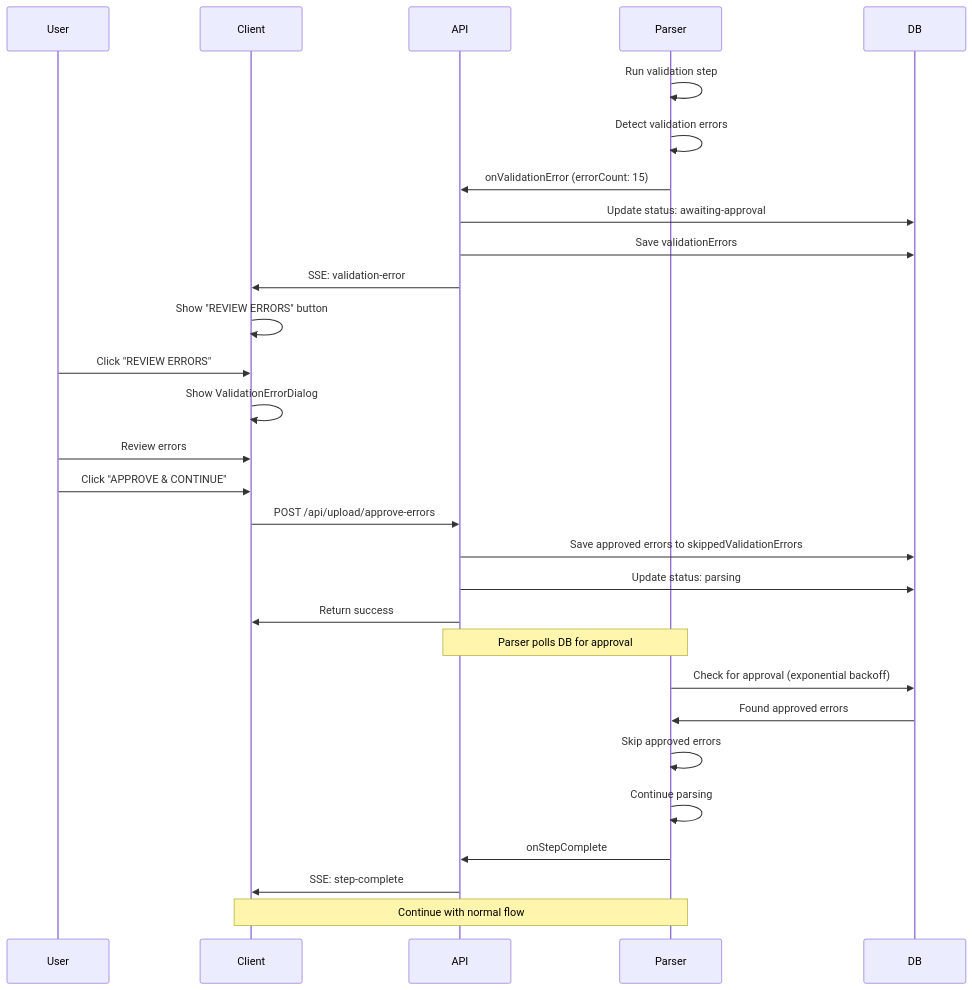
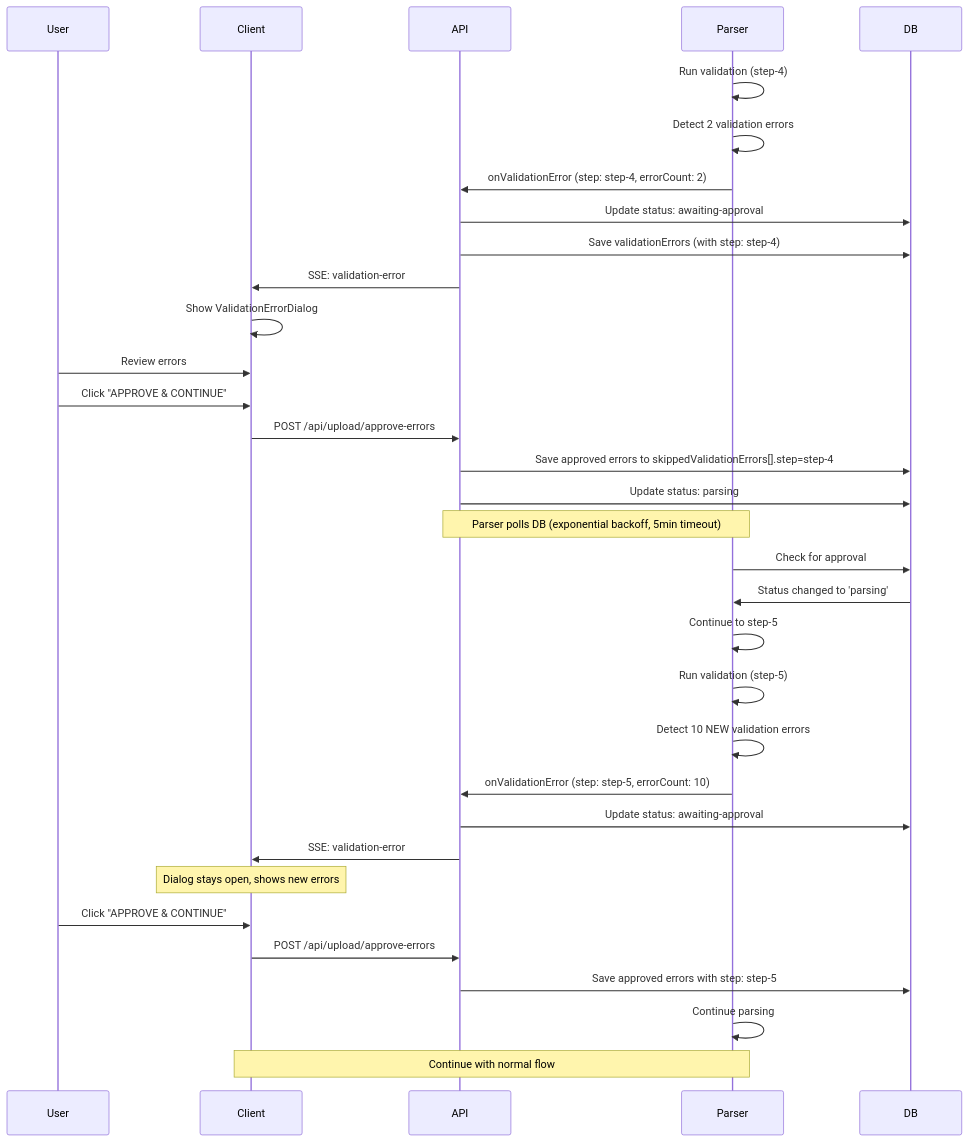
One commit to gileck/book-reader-app changed the second of 4 diagrams in docs/BOOK-UPLOAD-FEATURE.md. Above: the diagram before and after it, drawn with Mermaid. The commit also changed other lines of this file and 8 other files, not shown here.

````diff
--- a/docs/BOOK-UPLOAD-FEATURE.md
+++ b/docs/BOOK-UPLOAD-FEATURE.md
@@ -163,41 +165,48 @@
 ```mermaid
 sequenceDiagram
     participant User
     participant Client
     participant API
     participant Parser
     participant DB
 
-    Parser->>Parser: Run validation step
-    Parser->>Parser: Detect validation errors
+    Parser->>Parser: Run validation (step-4)
+    Parser->>Parser: Detect 2 validation errors
     
-    Parser->>API: onValidationError (errorCount: 15)
+    Parser->>API: onValidationError (step: step-4, errorCount: 2)
     API->>DB: Update status: awaiting-approval
-    API->>DB: Save validationErrors
+    API->>DB: Save validationErrors (with step: step-4)
     API->>Client: SSE: validation-error
     
-    Client->>Client: Show "REVIEW ERRORS" button
-    
-    User->>Client: Click "REVIEW ERRORS"
     Client->>Client: Show ValidationErrorDialog
     
     User->>Client: Review errors
     User->>Client: Click "APPROVE & CONTINUE"
     
     Client->>API: POST /api/upload/approve-errors
-    API->>DB: Save approved errors to skippedValidationErrors
+    API->>DB: Save approved errors to skippedValidationErrors[].step=step-4
     API->>DB: Update status: parsing
-    API->>Client: Return success
     
-    Note over API,Parser: Parser polls DB for approval
-    Parser->>DB: Check for approval (exponential backoff)
-    DB->>Parser: Found approved errors
+    Note over API,Parser: Parser polls DB (exponential backoff, 5min timeout)
+    Parser->>DB: Check for approval
+    DB->>Parser: Status changed to 'parsing'
     
-    Parser->>Parser: Skip approved errors
+    Parser->>Parser: Continue to step-5
+    
+    Parser->>Parser: Run validation (step-5)
+    Parser->>Parser: Detect 10 NEW validation errors
+    
+    Parser->>API: onValidationError (step: step-5, errorCount: 10)
+    API->>DB: Update status: awaiting-approval
+    API->>Client: SSE: validation-error
+    
+    Note over Client: Dialog stays open, shows new errors
+    
+    User->>Client: Click "APPROVE & CONTINUE"
+    Client->>API: POST /api/upload/approve-errors
+    API->>DB: Save approved errors with step: step-5
+    
     Parser->>Parser: Continue parsing
-    
-    Parser->>API: onStepComplete
-    API->>Client: SSE: step-complete
     
     Note over Parser,Client: Continue with normal flow
 ```
````
